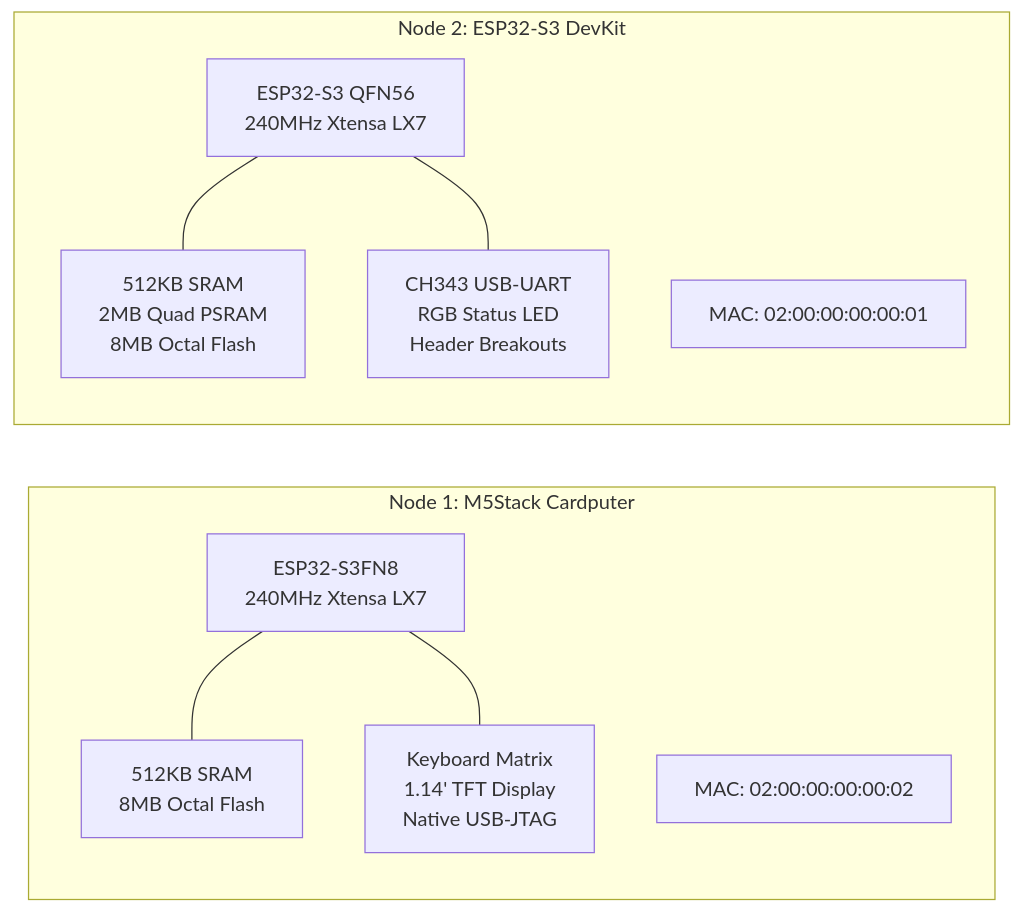
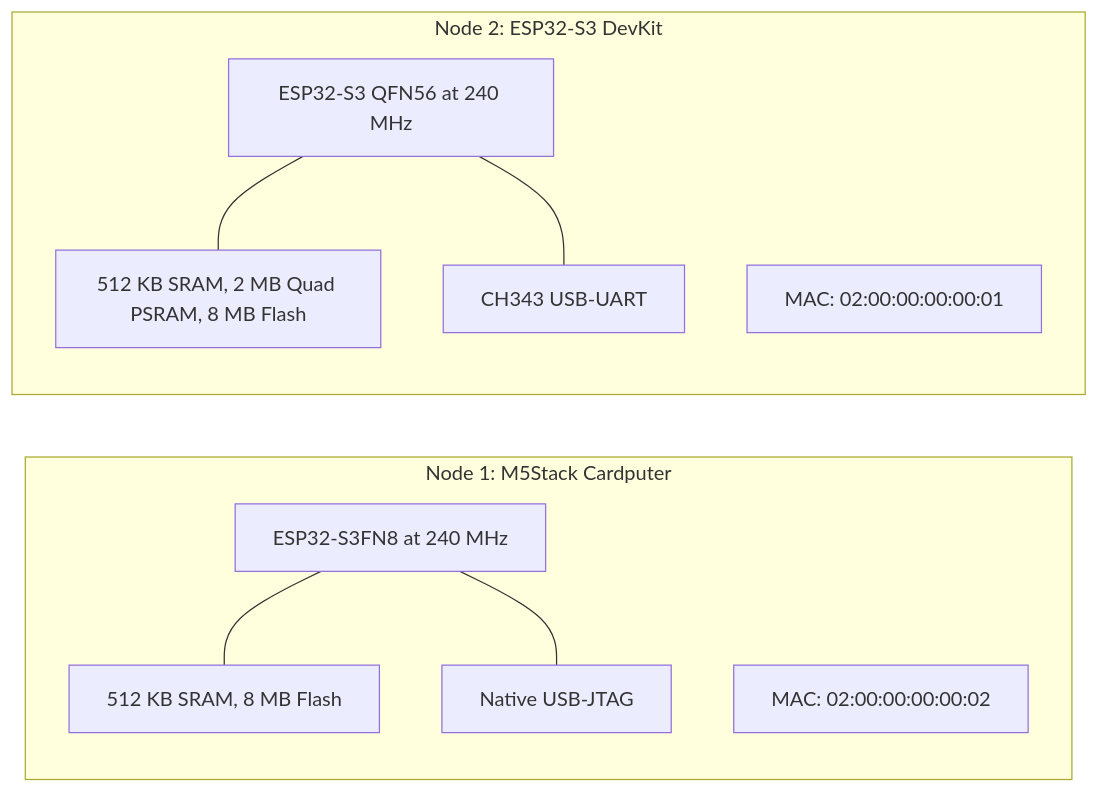
One commit to arterialist/kube32 changed the diagram in docs/hardware-spec.md. Above: the diagram before and after it, drawn with Mermaid. The commit also changed other lines of this file and 16 other files, not shown here.

````diff
--- a/docs/hardware-spec.md
+++ b/docs/hardware-spec.md
@@ -15,21 +15,21 @@
 ```mermaid
 graph LR
     subgraph CP["Node 1: M5Stack Cardputer"]
-        CP_CPU["ESP32-S3FN8<br/>240MHz Xtensa LX7"]
-        CP_MEM["512KB SRAM<br/>8MB Octal Flash"]
-        CP_IO["Keyboard Matrix<br/>1.14' TFT Display<br/>Native USB-JTAG"]
+        CP_CPU["ESP32-S3FN8 at 240 MHz"]
+        CP_MEM["512 KB SRAM, 8 MB Flash"]
+        CP_IO["Native USB-JTAG"]
         CP_MAC["MAC: 02:00:00:00:00:02"]
     end
 
     subgraph DK["Node 2: ESP32-S3 DevKit"]
-        DK_CPU["ESP32-S3 QFN56<br/>240MHz Xtensa LX7"]
-        DK_MEM["512KB SRAM<br/>2MB Quad PSRAM<br/>8MB Octal Flash"]
-        DK_IO["CH343 USB-UART<br/>RGB Status LED<br/>Header Breakouts"]
+        DK_CPU["ESP32-S3 QFN56 at 240 MHz"]
+        DK_MEM["512 KB SRAM, 2 MB Quad PSRAM, 8 MB Flash"]
+        DK_IO["CH343 USB-UART"]
         DK_MAC["MAC: 02:00:00:00:00:01"]
     end
 
     CP_CPU --- CP_MEM
     CP_CPU --- CP_IO
     DK_CPU --- DK_MEM
     DK_CPU --- DK_IO
 ```
````
